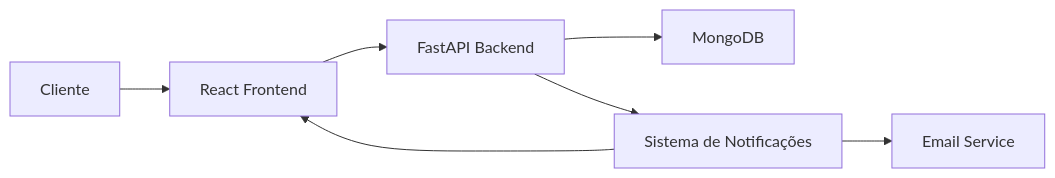
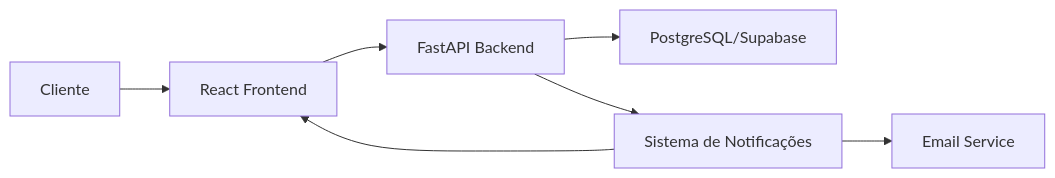
One commit to DEVMarlosGomes/IDEIABH-GESTAOFLUXOS changed the first of 4 diagrams in README.md. Above: the diagram before and after it, drawn with Mermaid. The commit also changed other lines of this file, not shown here.

````diff
--- a/README.md
+++ b/README.md
@@ -184,9 +233,9 @@
 ```mermaid
 graph LR
     A[Cliente] --> B[React Frontend]
     B --> C[FastAPI Backend]
-    C --> D[MongoDB]
+    C --> D[PostgreSQL/Supabase]
     C --> E[Sistema de Notificações]
     E --> F[Email Service]
     E --> B
 ```
````
